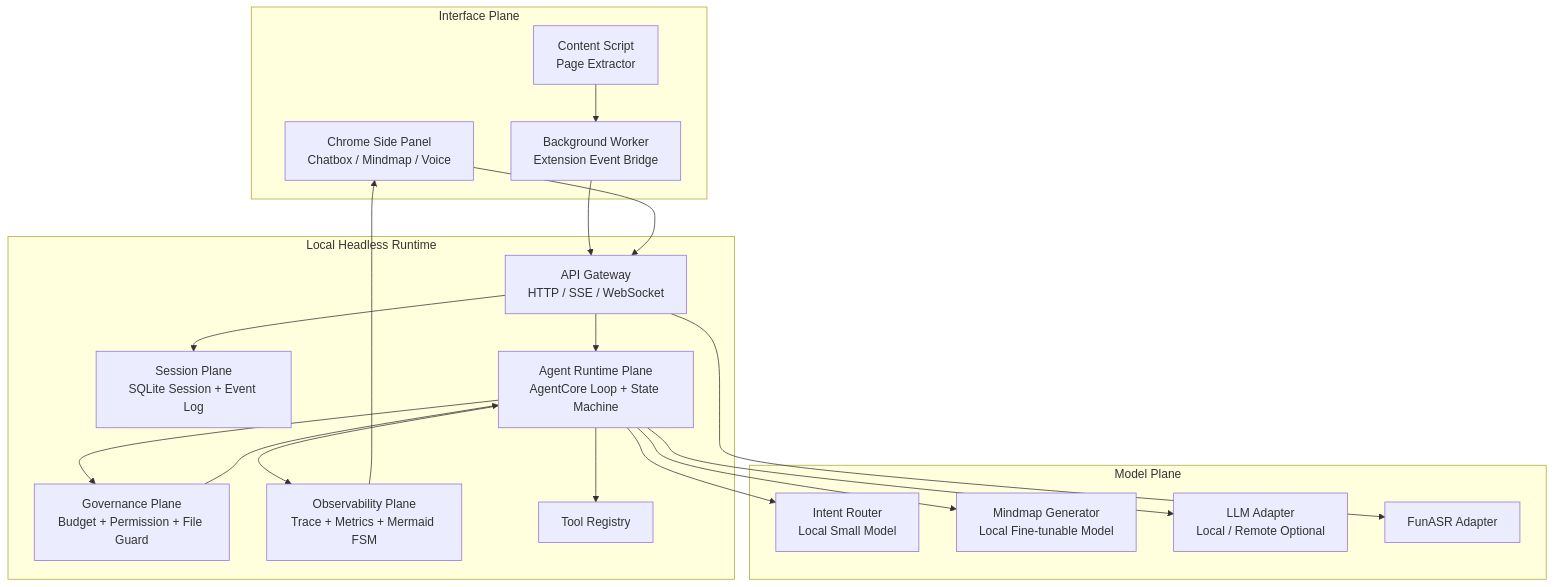
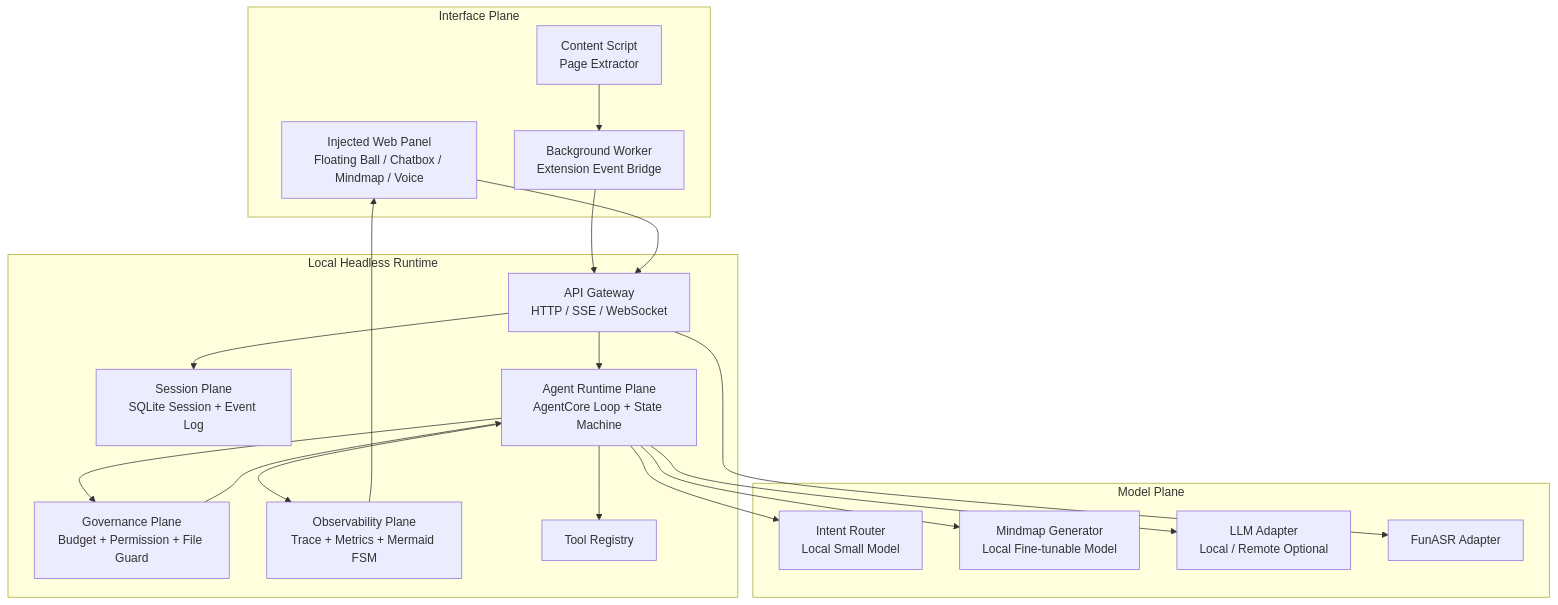
The second of 3 diagrams in docs/navia_v1_project_docs/02-architecture.md (zhouhouze/mercury), drawn with Mermaid before and after one commit. The commit also changed other lines of this file and 89 other files, not shown here.

````diff
--- a/docs/navia_v1_project_docs/02-architecture.md
+++ b/docs/navia_v1_project_docs/02-architecture.md
@@ -227,39 +266,39 @@
 ```mermaid
 flowchart TB
     subgraph UI[Interface Plane]
-      A[Chrome Side Panel<br/>Chatbox / Mindmap / Voice]
+      A[Injected Web Panel<br/>Floating Ball / Chatbox / Mindmap / Voice]
       B[Content Script<br/>Page Extractor]
       C[Background Worker<br/>Extension Event Bridge]
     end
 
     subgraph Runtime[Local Headless Runtime]
       D[API Gateway<br/>HTTP / SSE / WebSocket]
       E[Session Plane<br/>SQLite Session + Event Log]
       F[Agent Runtime Plane<br/>AgentCore Loop + State Machine]
       G[Governance Plane<br/>Budget + Permission + File Guard]
       H[Observability Plane<br/>Trace + Metrics + Mermaid FSM]
       I[Tool Registry]
     end
 
     subgraph Model[Model Plane]
       J[Intent Router<br/>Local Small Model]
       K[Mindmap Generator<br/>Local Fine-tunable Model]
       L[LLM Adapter<br/>Local / Remote Optional]
       M[FunASR Adapter]
     end
 
     B --> C
     C --> D
     A --> D
     D --> E
     D --> F
     F --> I
     F --> G
     G --> F
     F --> J
     F --> K
     F --> L
     D --> M
     F --> H
     H --> A
 ```
````
